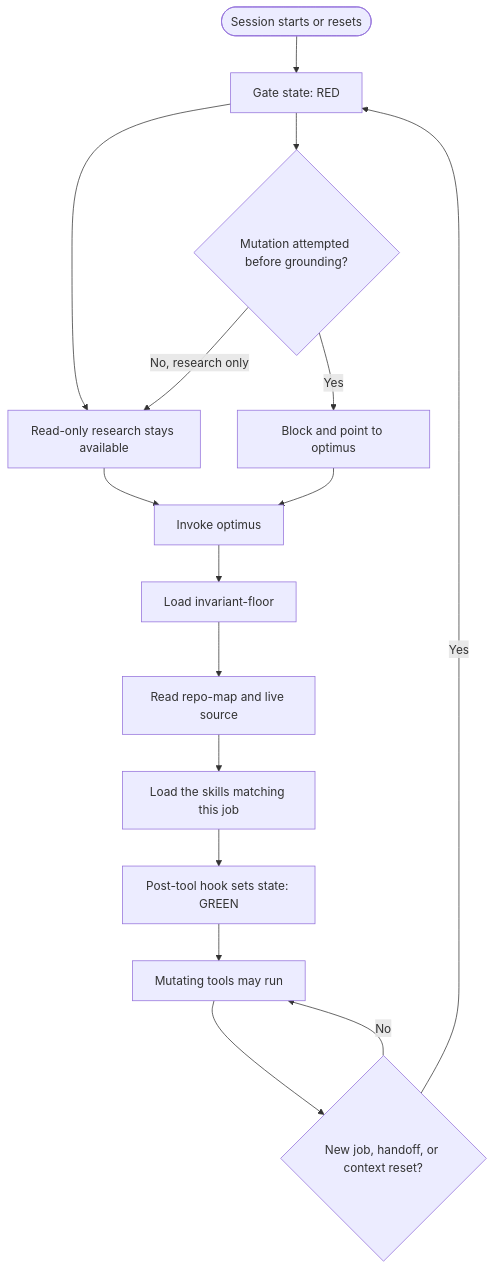
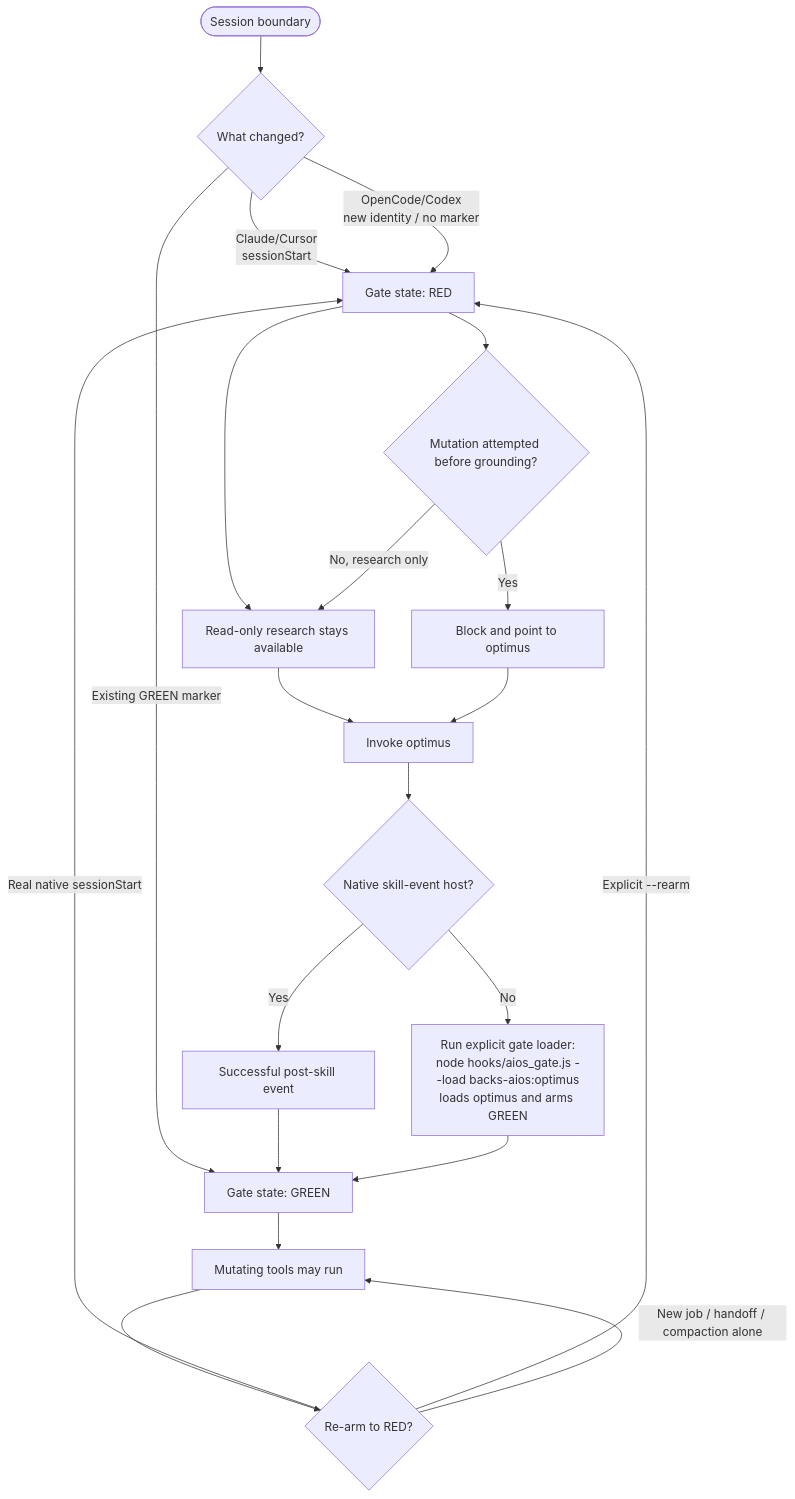
Before and after one commit to Tcuzzo/backs-aios-skills: the third of 9 diagrams in docs/FLOWCHARTS.md, drawn with Mermaid. The commit also changed other lines of this file and 15 other files, not shown here.

Commit message:
fix: make BACKS AIOS portable across host runtimes

````diff
--- a/docs/FLOWCHARTS.md
+++ b/docs/FLOWCHARTS.md
@@ -202,21 +202,26 @@
 ```mermaid
 flowchart TD
   accTitle: Session boot and deterministic grounding gate
-  accDescr: Each session starts red, permits research, becomes green after a pack skill loads, and rearms when a new session, reset, or job begins.
+  accDescr: Claude/Cursor native sessionStart or a new OpenCode/Codex identity with no marker starts RED. An existing GREEN marker stays GREEN. From RED, research is allowed and then Optimus is invoked; native skill-event hosts arm GREEN on a successful post-skill event, while non-native hosts use the explicit gate loader --load to load Optimus and arm GREEN. Re-arm to RED happens only on a real native sessionStart or explicit --rearm; a new job, handoff, or compaction alone does not rearm.
 
-  Start([Session starts or resets]) --> Red[Gate state: RED]
+  Start([Session boundary]) --> Boundary{What changed?}
+  Boundary -->|Claude/Cursor<br/>sessionStart| Red[Gate state: RED]
+  Boundary -->|OpenCode/Codex<br/>new identity / no marker| Red
+  Boundary -->|Existing GREEN marker| Green[Gate state: GREEN]
   Red --> Read[Read-only research stays available]
   Read --> Boot[Invoke optimus]
-  Boot --> Floor[Load invariant-floor]
-  Floor --> Map[Read repo-map and live source]
-  Map --> Match[Load the skills matching this job]
-  Match --> Green[Post-tool hook sets state: GREEN]
+  Boot --> Event{Native skill-event host?}
+  Event -->|Yes| Post[Successful post-skill event]
+  Post --> Green
+  Event -->|No| Explicit[Run explicit gate loader:<br/>node hooks/aios_gate.js --load backs-aios:optimus<br/>loads optimus and arms GREEN]
+  Explicit --> Green
   Green --> Work[Mutating tools may run]
-  Work --> New{New job, handoff, or context reset?}
-  New -->|No| Work
-  New -->|Yes| Red
+  Work --> Rearm{Re-arm to RED?}
+  Rearm -->|Real native sessionStart| Red
+  Rearm -->|Explicit --rearm| Red
+  Rearm -->|New job / handoff / compaction alone| Work
   Red --> Mutate{Mutation attempted before grounding?}
   Mutate -->|Yes| Block[Block and point to optimus]
   Block --> Boot
   Mutate -->|No, research only| Read
 ```
````
